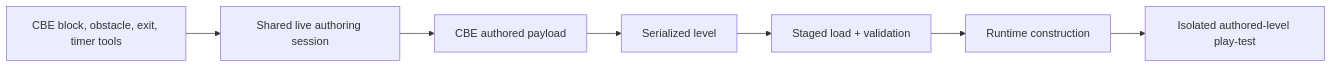
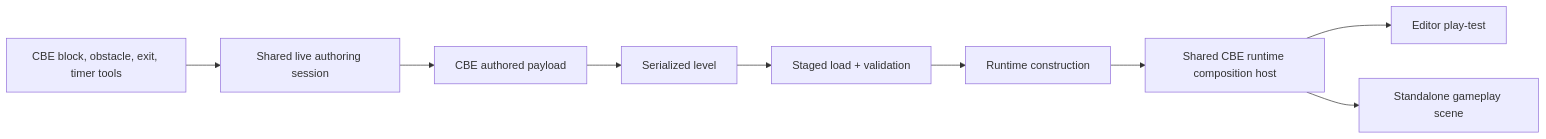
One commit to GameplaySystem/PuzzleFramework-ColorBlockEscape changed the second of 2 diagrams in README.md. Above: the diagram before and after it, drawn with Mermaid. The commit also changed other lines of this file and 19 other files, not shown here.

Commit message:
Add standalone CBE gameplay scene

````diff
--- a/README.md
+++ b/README.md
@@ -125,9 +130,11 @@
 ```mermaid
 flowchart LR
     Tools[CBE block, obstacle, exit, timer tools] --> Session[Shared live authoring session]
     Session --> Payload[CBE authored payload]
     Payload --> JSON[Serialized level]
     JSON --> Staged[Staged load + validation]
     Staged --> Runtime[Runtime construction]
-    Runtime --> Playtest[Isolated authored-level play-test]
+    Runtime --> Host[Shared CBE runtime composition host]
+    Host --> Playtest[Editor play-test]
+    Host --> Gameplay[Standalone gameplay scene]
 ```
````
